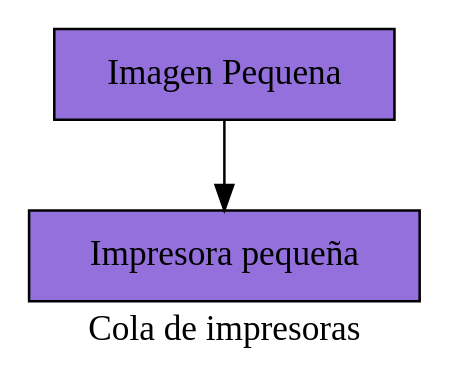
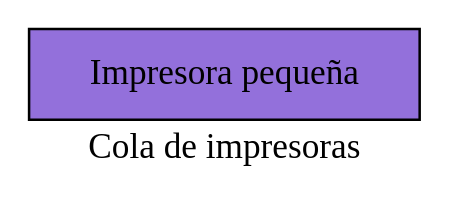
One commit to KINGR0X/EDD_PROYECTO_202044192 changed the diagram in cola_img_pequena.dot. Above: the diagram before and after it, drawn with Graphviz. The commit also changed 31 other files, not shown here.

```diff
--- a/cola_img_pequena.dot
+++ b/cola_img_pequena.dot
@@ -1,7 +1,5 @@
  digraph Cola_impresoras {
  label= "Cola de impresoras";
      node [shape=box, style=filled, color=black, fillcolor=mediumpurple];
      "Node           0 " [label="Impresora pequeña"];
-     "Node           1 " [label="Imagen Pequena"];
-     "Node           1 " -> "Node           0 ";
  }
```
